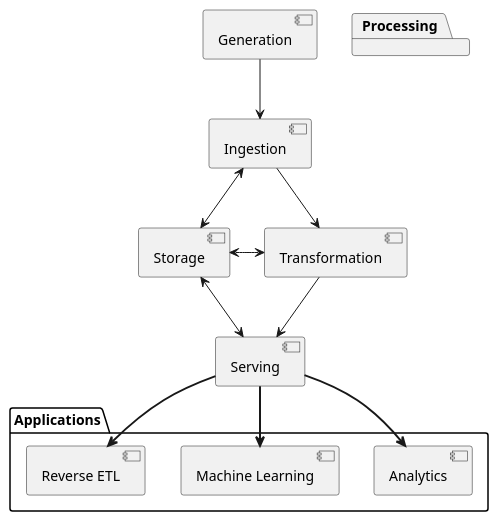
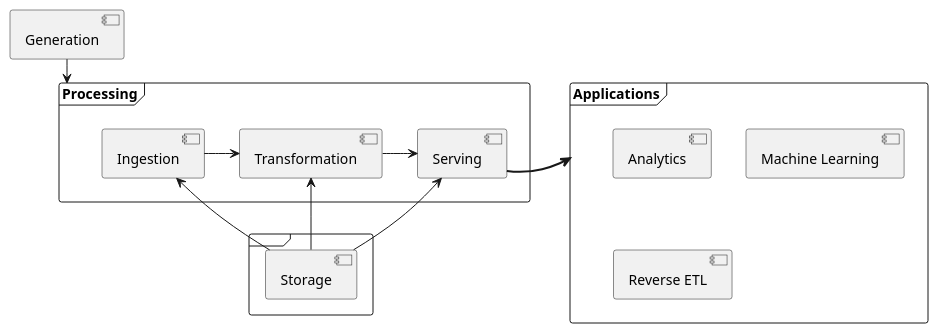
Before and after one commit to rajp152k/buffer: the diagram in Content/20230717135201-data_engineering.org, drawn with PlantUML. The commit also changed other lines of this file and 19 other files, not shown here.

```diff
--- a/Content/20230717135201-data_engineering.org
+++ b/Content/20230717135201-data_engineering.org
@@ -21,25 +23,27 @@
 #+begin_src plantuml :file ./images/data-eng-lifecycle.png :exports both
 @startuml
-[Ingestion] <-> [Storage]
-[Storage] <-> [Transformation]
-[Storage] <-> [Serving]
 
-package Processing {
-        [Ingestion] --> [Transformation]
-        [Transformation]  --> [Serving]
+frame {
+        [Storage]
 }
 
-[Generation] --> [Ingestion]
+frame Processing {
+        [Ingestion] -right-> [Transformation]
+        [Transformation]  -right-> [Serving]
 
-package Applications {
+        [Storage] -up-> [Ingestion]
+        [Storage] -up-> [Transformation]
+        [Storage] -up-> [Serving]
+}
+
+[Generation] -down-> [Processing]
+
+frame Applications {
 [Analytics]
 [Machine Learning]
 [Reverse ETL]
 }
 
-Serving ==> [Analytics]
-Serving ==> [Machine Learning]
-Serving ==> [Reverse ETL]
-
+Serving =right=> Applications
 @enduml
 #+end_src
```
